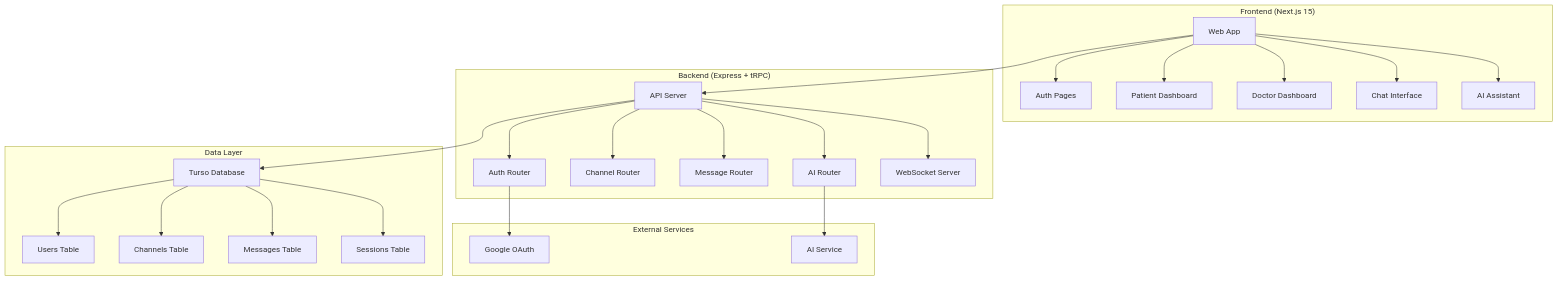
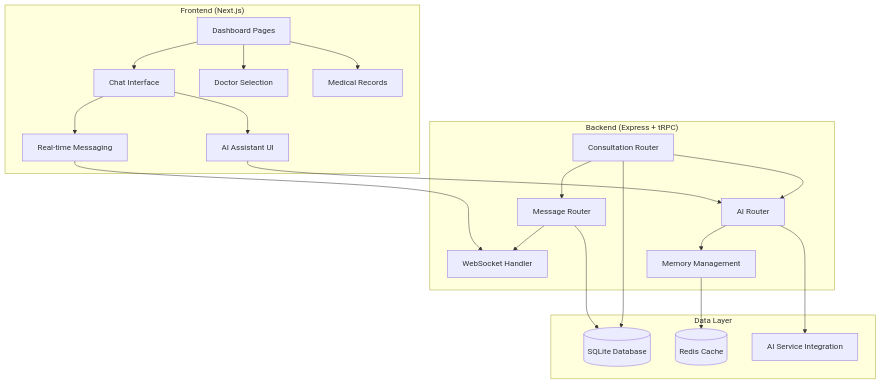
Before and after one commit to byjit/better-care: the diagram in .kiro/specs/healthcare-consultation-platform/design.md, drawn with Mermaid. The commit also changed other lines of this file and 3 other files, not shown here.

````diff
--- a/.kiro/specs/healthcare-consultation-platform/design.md
+++ b/.kiro/specs/healthcare-consultation-platform/design.md
@@ -11,35 +11,30 @@
 ```mermaid
 graph TB
-    subgraph "Frontend (Next.js 15)"
-        A[Web App] --> B[Auth Pages]
-        A --> C[Patient Dashboard]
-        A --> D[Doctor Dashboard]
-        A --> E[Chat Interface]
-        A --> F[AI Assistant]
+    subgraph "Frontend (Next.js)"
+        A[Dashboard Pages] --> B[Chat Interface]
+        A --> C[Doctor Selection]
+        A --> D[Medical Records]
+        B --> E[Real-time Messaging]
+        B --> F[AI Assistant UI]
     end
     
     subgraph "Backend (Express + tRPC)"
-        G[API Server] --> H[Auth Router]
-        G --> I[Channel Router]
-        G --> J[Message Router]
-        G --> K[AI Router]
-        G --> L[WebSocket Server]
+        G[Consultation Router] --> H[Message Router]
+        G --> I[AI Router]
+        H --> J[WebSocket Handler]
+        I --> K[Memory Management]
     end
     
     subgraph "Data Layer"
-        M[Turso Database] --> N[Users Table]
-        M --> O[Channels Table]
-        M --> P[Messages Table]
-        M --> Q[Sessions Table]
+        L[(SQLite Database)]
+        M[(Redis Cache)]
+        N[AI Service Integration]
     end
     
-    subgraph "External Services"
-        R[Google OAuth]
-        S[AI Service]
-    end
-    
-    A --> G
-    G --> M
-    H --> R
-    K --> S
+    E --> J
+    F --> I
+    G --> L
+    H --> L
+    K --> M
+    I --> N
 ```
````
